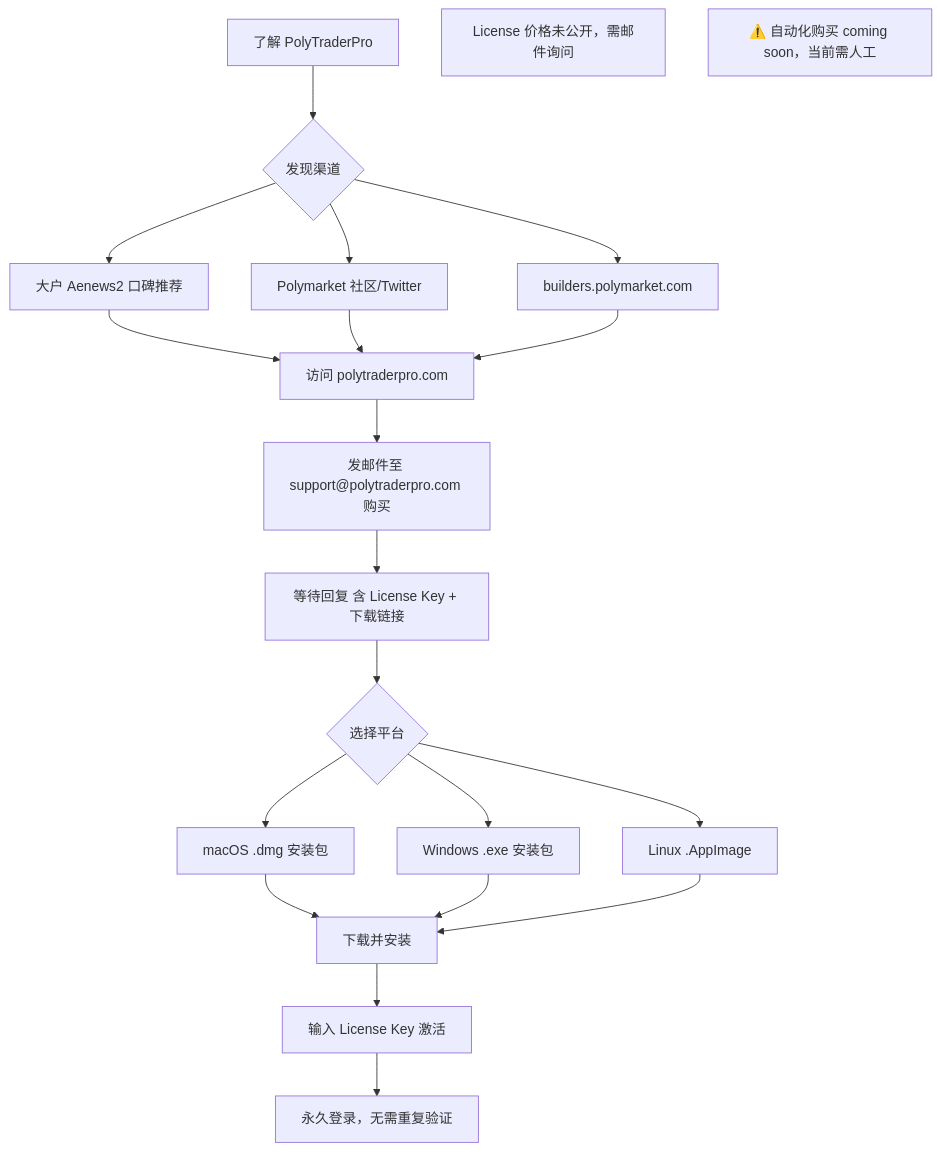
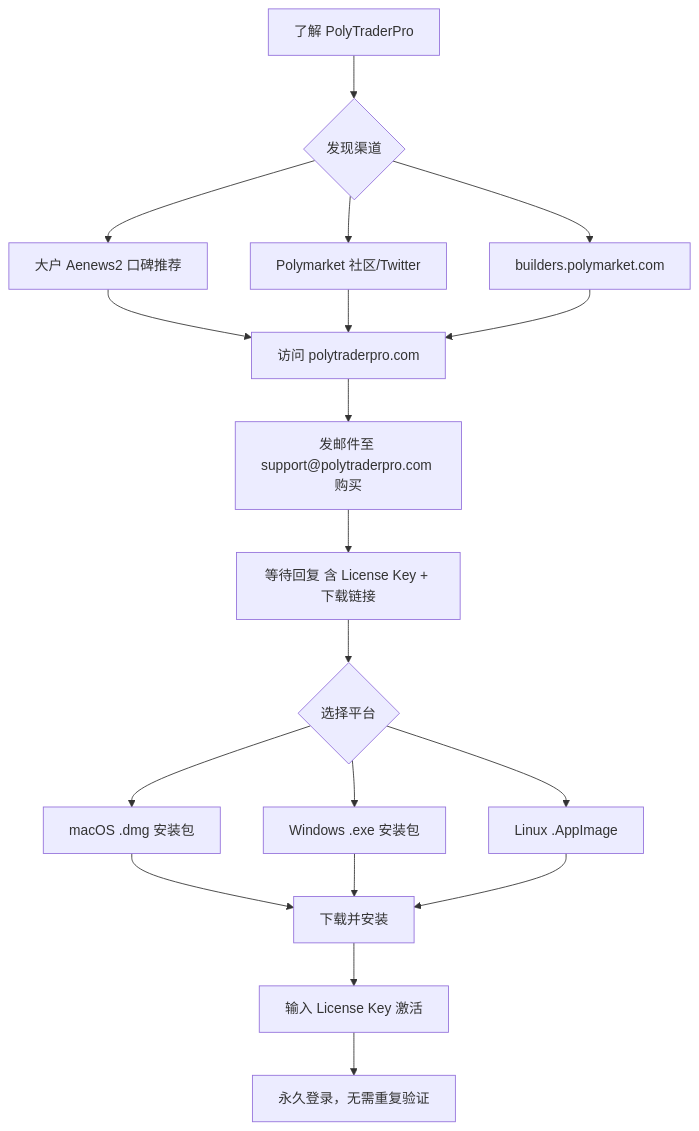
Before and after one commit to survivorff/polymarket_research: the first of 14 diagrams in research/05_polytrader_pro/analysis.md, drawn with Mermaid. The commit also changed other lines of this file and 11 other files, not shown here.

First line of the commit message:
修复所有 Mermaid 语法错误，确保流程图可正常渲染

````diff
--- a/research/05_polytrader_pro/analysis.md
+++ b/research/05_polytrader_pro/analysis.md
@@ -71,23 +71,23 @@
 ```mermaid
 flowchart TD
     A[了解 PolyTraderPro] --> B{发现渠道}
     B --> B1[大户 Aenews2 口碑推荐]
     B --> B2[Polymarket 社区/Twitter]
     B --> B3[builders.polymarket.com]
     B1 --> C[访问 polytraderpro.com]
     B2 --> C
     B3 --> C
     C --> D[发邮件至 support@polytraderpro.com 购买]
     D --> E[等待回复 含 License Key + 下载链接]
     E --> F{选择平台}
     F --> F1[macOS .dmg 安装包]
     F --> F2[Windows .exe 安装包]
     F --> F3[Linux .AppImage]
     F1 --> G[下载并安装]
     F2 --> G
     F3 --> G
     G --> H[输入 License Key 激活]
     H --> I[永久登录，无需重复验证]
-    note1[License 价格未公开，需邮件询问]
-    note2[⚠️ 自动化购买 coming soon，当前需人工]
+    %% 注: License 价格未公开，需邮件询问
+    %% 注: ⚠️ 自动化购买 coming soon，当前需人工
 ```
````
